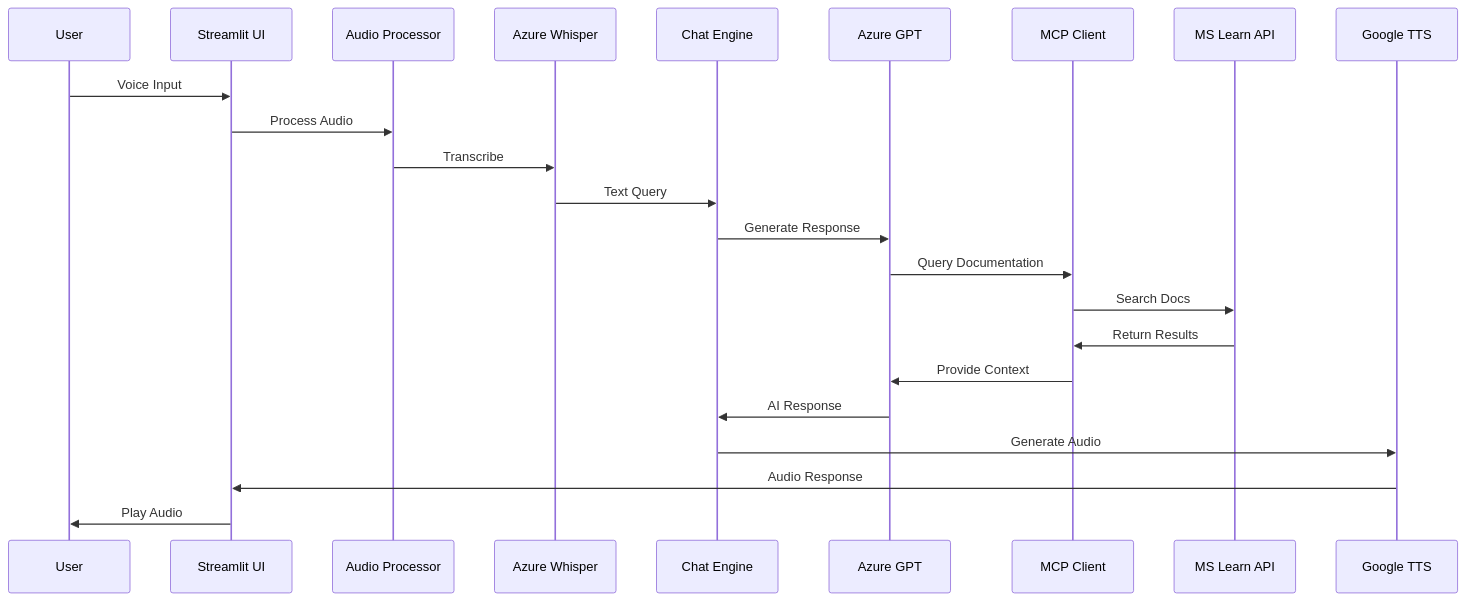
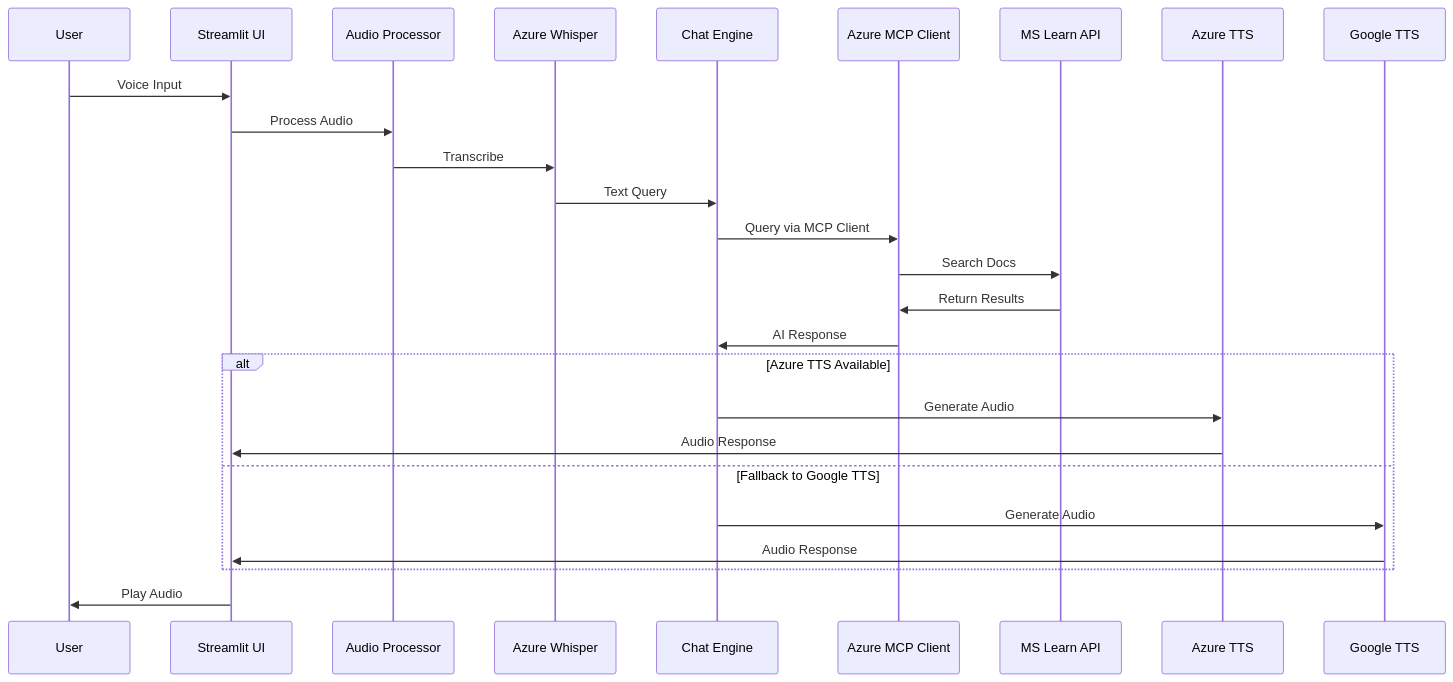
Before and after one commit to balakreshnan/mcpapp: the second of 2 diagrams in docs/README.md, drawn with Mermaid. The commit also changed other lines of this file, not shown here.

Commit message:
Complete documentation updates for docs/README.md with enhanced technology stack and data flow

````diff
--- a/docs/README.md
+++ b/docs/README.md
@@ -105,26 +105,31 @@
 ```mermaid
 sequenceDiagram
     participant User
     participant UI as Streamlit UI
     participant Audio as Audio Processor
     participant Whisper as Azure Whisper
     participant Chat as Chat Engine
-    participant GPT as Azure GPT
-    participant MCP as MCP Client
+    participant MCP as Azure MCP Client
     participant Learn as MS Learn API
-    participant TTS as Google TTS
+    participant AzureTTS as Azure TTS
+    participant GoogleTTS as Google TTS
     
     User->>UI: Voice Input
     UI->>Audio: Process Audio
     Audio->>Whisper: Transcribe
     Whisper->>Chat: Text Query
-    Chat->>GPT: Generate Response
-    GPT->>MCP: Query Documentation
+    Chat->>MCP: Query via MCP Client
     MCP->>Learn: Search Docs
     Learn->>MCP: Return Results
-    MCP->>GPT: Provide Context
-    GPT->>Chat: AI Response
-    Chat->>TTS: Generate Audio
-    TTS->>UI: Audio Response
+    MCP->>Chat: AI Response
+    
+    alt Azure TTS Available
+        Chat->>AzureTTS: Generate Audio
+        AzureTTS->>UI: Audio Response
+    else Fallback to Google TTS
+        Chat->>GoogleTTS: Generate Audio
+        GoogleTTS->>UI: Audio Response
+    end
+    
     UI->>User: Play Audio
 ```
````
